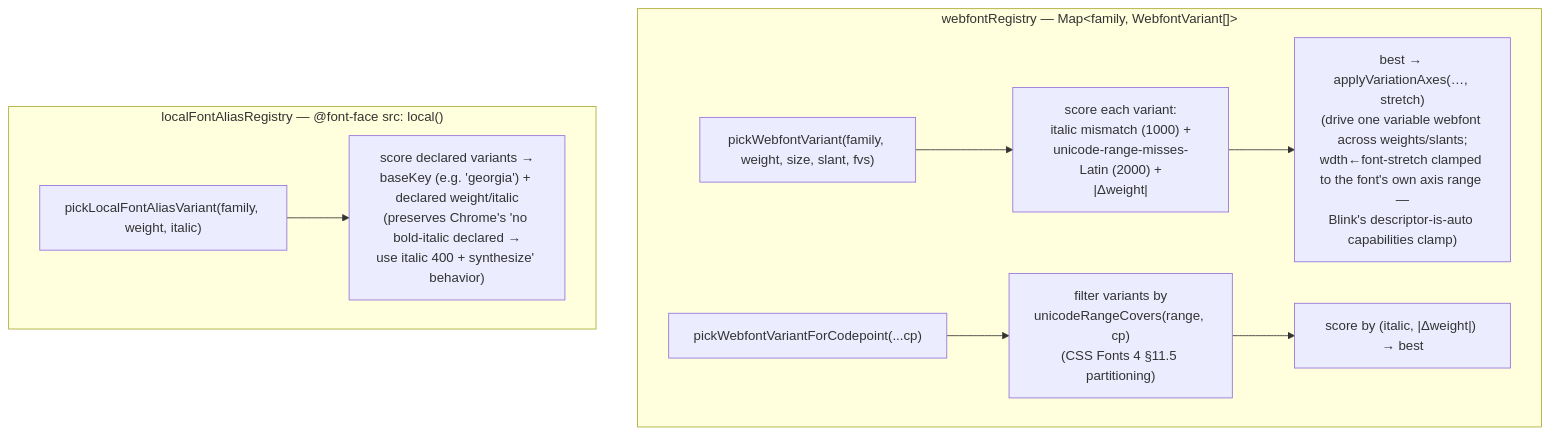
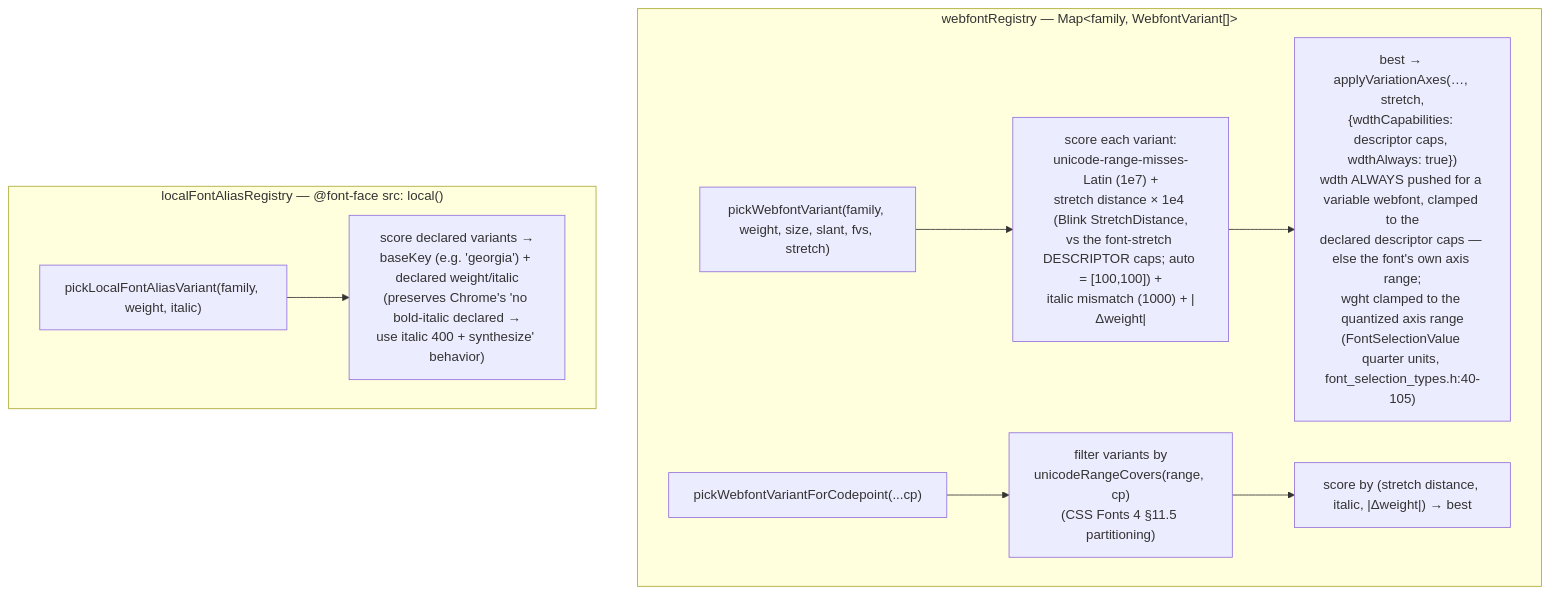
One commit to brianwestphal/domotion changed the fourth of 11 diagrams in docs/font-resolution-diagram.md. Above: the diagram before and after it, drawn with Mermaid. The commit also changed other lines of this file and 6 other files, not shown here.

First line of the commit message:
fix(fonts): a declared family's weight is a face, not a wght pin; webfont font-stretch descriptors are selection capabilities (DM-1951, DM-1950)

````diff
--- a/docs/font-resolution-diagram.md
+++ b/docs/font-resolution-diagram.md
@@ -475,12 +496,12 @@
 ```mermaid
 flowchart TD
   subgraph WF["webfontRegistry — Map&lt;family, WebfontVariant[]&gt;"]
-    W0["pickWebfontVariant(family, weight, size, slant, fvs)"] --> W1["score each variant:<br/>italic mismatch (1000) +<br/>unicode-range-misses-Latin (2000) +<br/>|Δweight|"]
-    W1 --> W2["best → applyVariationAxes(…, stretch)<br/>(drive one variable webfont across weights/slants;<br/>wdth←font-stretch clamped to the font's own axis range —<br/>Blink's descriptor-is-auto capabilities clamp)"]
+    W0["pickWebfontVariant(family, weight, size, slant, fvs, stretch)"] --> W1["score each variant:<br/>unicode-range-misses-Latin (1e7) +<br/>stretch distance × 1e4 (Blink StretchDistance,<br/>vs the font-stretch DESCRIPTOR caps; auto = [100,100]) +<br/>italic mismatch (1000) + |Δweight|"]
+    W1 --> W2["best → applyVariationAxes(…, stretch,<br/>{wdthCapabilities: descriptor caps, wdthAlways: true})<br/>wdth ALWAYS pushed for a variable webfont, clamped to the<br/>declared descriptor caps — else the font's own axis range;<br/>wght clamped to the quantized axis range<br/>(FontSelectionValue quarter units, font_selection_types.h:40-105)"]
     P0["pickWebfontVariantForCodepoint(...cp)"] --> P1["filter variants by<br/>unicodeRangeCovers(range, cp)<br/>(CSS Fonts 4 §11.5 partitioning)"]
-    P1 --> P2["score by (italic, |Δweight|) → best"]
+    P1 --> P2["score by (stretch distance, italic, |Δweight|) → best"]
   end
   subgraph LA["localFontAliasRegistry — @font-face src: local()"]
     LA0["pickLocalFontAliasVariant(family, weight, italic)"] --> LA1["score declared variants →<br/>baseKey (e.g. 'georgia') + declared weight/italic<br/>(preserves Chrome's 'no bold-italic declared →<br/>use italic 400 + synthesize' behavior)"]
   end
 ```
````
